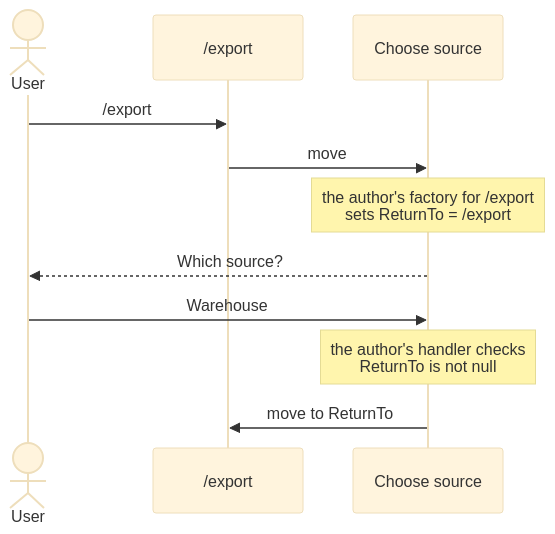
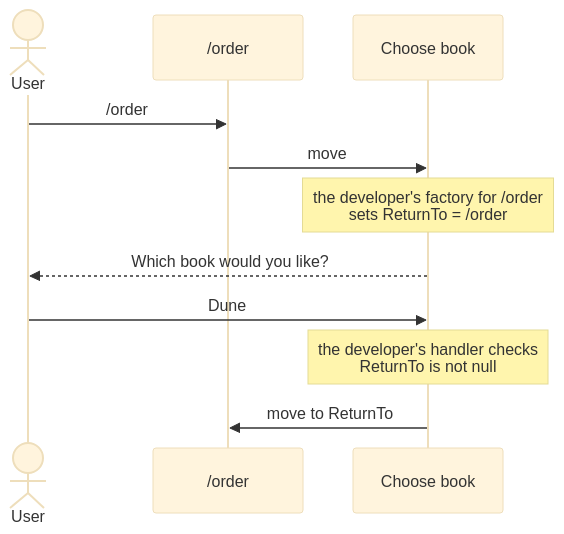
Before and after one commit to KitCli/KitCli: the first of 2 diagrams in docs/investigations/how-does-a-command-know-where-it-was-sent-from.md, drawn with Mermaid (base theme). The commit also changed other lines of this file and 1 other file, not shown here.

Commit message:
docs(workflow): use a book shop example in the return-to investigations

````diff
--- a/docs/investigations/how-does-a-command-know-where-it-was-sent-from.md
+++ b/docs/investigations/how-does-a-command-know-where-it-was-sent-from.md
@@ -38,13 +39,13 @@
 ```mermaid
 sequenceDiagram
     actor U as User
-    participant E as /export
-    participant C as Choose source
-    U->>E: /export
+    participant E as /order
+    participant C as Choose book
+    U->>E: /order
     E->>C: move
-    Note over C: the author's factory for /export<br/>sets ReturnTo = /export
-    C-->>U: Which source?
-    U->>C: Warehouse
-    Note over C: the author's handler checks<br/>ReturnTo is not null
+    Note over C: the developer's factory for /order<br/>sets ReturnTo = /order
+    C-->>U: Which book would you like?
+    U->>C: Dune
+    Note over C: the developer's handler checks<br/>ReturnTo is not null
     C->>E: move to ReturnTo
 ```
````
